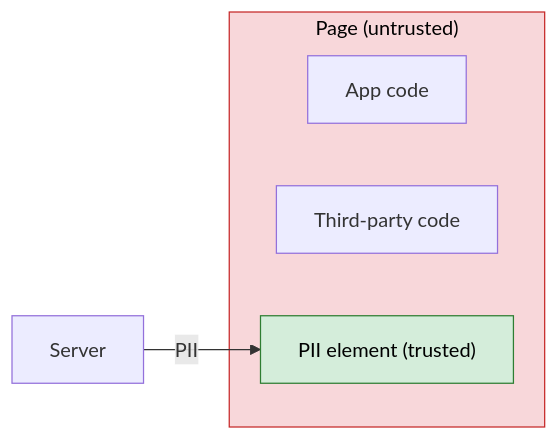
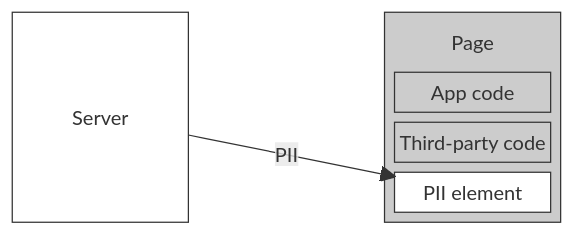
The second of 4 diagrams in packages/trusted-scopes/docs/design.md (lawnsea/frontend-hardening), drawn with Mermaid before and after one commit. The commit also changed other lines of this file, not shown here.

First line of the commit message:
Add hardening notes and block diagrams to the design

````diff
--- a/packages/trusted-scopes/docs/design.md
+++ b/packages/trusted-scopes/docs/design.md
@@ -35,14 +36,20 @@
 ```mermaid
-flowchart LR
+block-beta
+  columns 3
   server["Server"]
-  subgraph page["Page (untrusted)"]
+  space
+  block:page
+    columns 1
+    pagelabel["Page"]
     app["App code"]
     deps["Third-party code"]
-    pii["PII element (trusted)"]
+    pii["PII element"]
   end
   server -- "PII" --> pii
-  classDef trusted fill:#d4edda,stroke:#2e7d32,color:#000
-  classDef untrusted fill:#f8d7da,stroke:#c62828,color:#000
-  class page untrusted
-  class pii trusted
+  classDef trusted fill:#fff,stroke:#333,color:#000
+  classDef untrusted fill:#ccc,stroke:#333,color:#000
+  classDef label stroke-width:0,fill:none
+  class page,app,deps untrusted
+  class server,pii trusted
+  class pagelabel label
 ```
````
